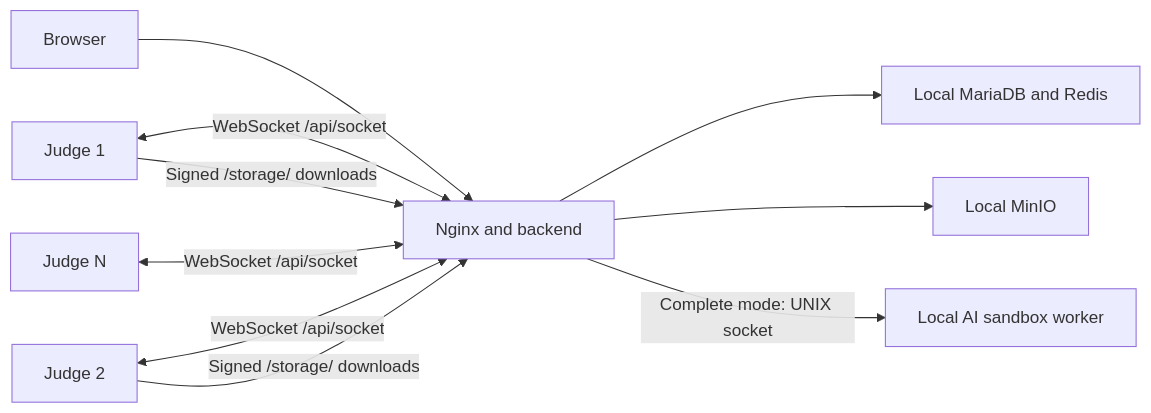
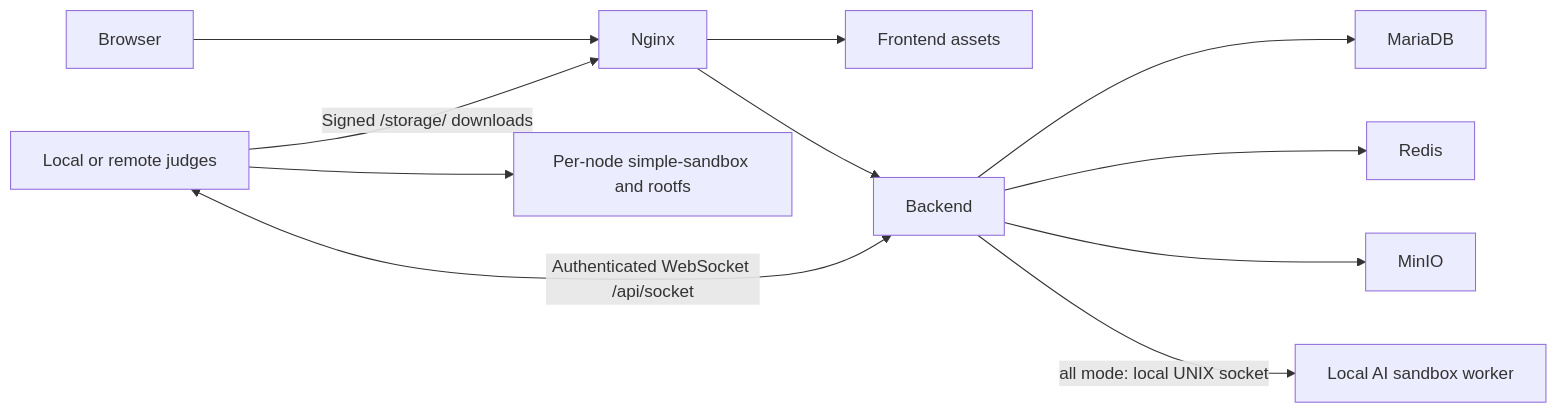
Before and after one commit to houyhlouis/LLMOJ: the diagram in wiki/Distributed-Judging.md, drawn with Mermaid. The commit also changed other lines of this file and 42 other files, not shown here.

````diff
--- a/wiki/Distributed-Judging.md
+++ b/wiki/Distributed-Judging.md
@@ -9,12 +9,13 @@
 ```mermaid
 flowchart LR
-    Users[Browser] --> Web[Nginx and backend]
-    Web --> DB[Local MariaDB and Redis]
-    Web --> Store[Local MinIO]
-    J1[Judge 1] <-->|WebSocket /api/socket| Web
-    J2[Judge 2] <-->|WebSocket /api/socket| Web
-    J3[Judge N] <-->|WebSocket /api/socket| Web
-    J1 -->|Signed /storage/ downloads| Web
-    J2 -->|Signed /storage/ downloads| Web
-    Web -->|Complete mode: UNIX socket| LocalAI[Local AI sandbox worker]
+    Browser[Browser] --> Nginx[Nginx]
+    Nginx --> Frontend[Frontend assets]
+    Nginx --> Backend[Backend]
+    Backend --> DB[MariaDB]
+    Backend --> Redis[Redis]
+    Backend --> MinIO[MinIO]
+    Judges[Local or remote judges] <-->|Authenticated WebSocket /api/socket| Backend
+    Judges --> Sandbox[Per-node simple-sandbox and rootfs]
+    Judges -->|Signed /storage/ downloads| Nginx
+    Backend -->|all mode: local UNIX socket| AIWorker[Local AI sandbox worker]
 ```
````
